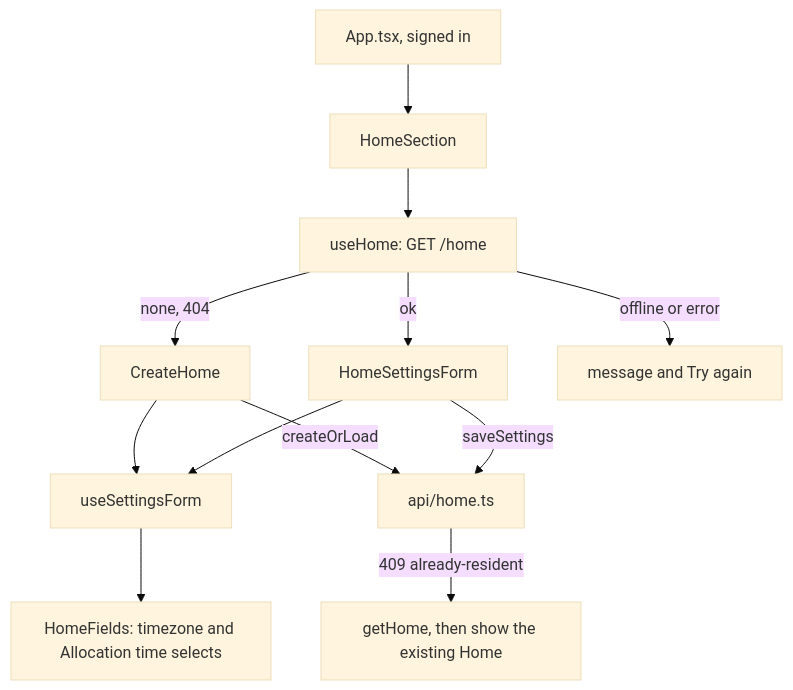
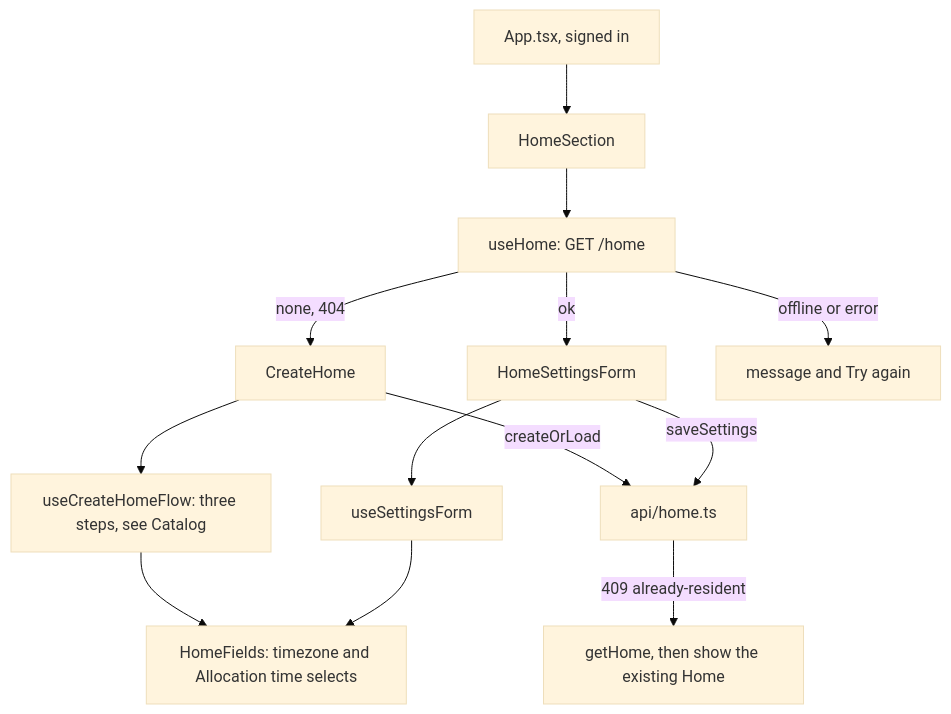
Before and after one commit to AbnerWillclefy/Homeowner: the third of 7 diagrams in docs/architecture/web.md, drawn with Mermaid (base theme). The commit also changed other lines of this file and 1 other file, not shown here.

Commit message:
docs(web): describe the catalog flow and add catalog terms to the pt-br glossary

````diff
--- a/docs/architecture/web.md
+++ b/docs/architecture/web.md
@@ -144,14 +145,15 @@
 ```mermaid
 flowchart TD
     APP[App.tsx, signed in] --> SEC[HomeSection]
     SEC --> UH[useHome: GET /home]
     UH -->|none, 404| CREATE[CreateHome]
     UH -->|ok| EDIT[HomeSettingsForm]
     UH -->|offline or error| RETRY[message and Try again]
-    CREATE --> FORM[useSettingsForm]
-    EDIT --> FORM
+    CREATE --> FLOW[useCreateHomeFlow: three steps, see Catalog]
+    FLOW --> FIELDS
+    EDIT --> FORM[useSettingsForm]
     FORM --> FIELDS[HomeFields: timezone and Allocation time selects]
     CREATE -->|createOrLoad| API[api/home.ts]
     EDIT -->|saveSettings| API
     API -->|409 already-resident| LOAD[getHome, then show the existing Home]
 ```
````
